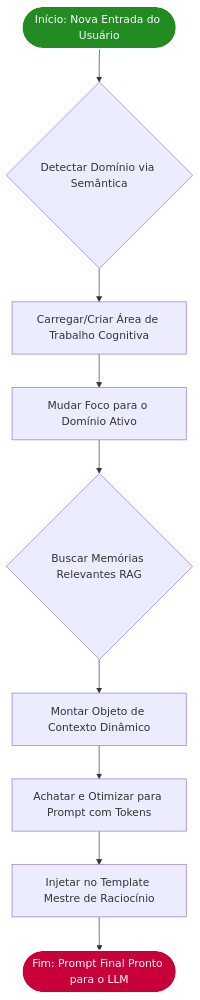
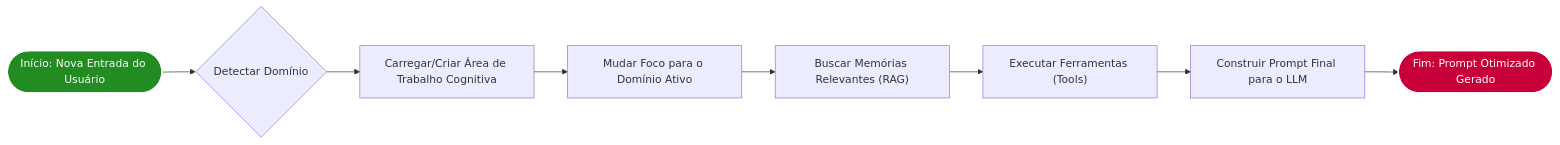
Before and after one commit to coagentis/eca-lib: the third of 3 diagrams in ARCHITECTURE.md, drawn with Mermaid. The commit also changed other lines of this file and 6 other files, not shown here.

Commit message:
feat: tools ferramentas auxiliares

````diff
--- a/ARCHITECTURE.md
+++ b/ARCHITECTURE.md
@@ -105,14 +196,13 @@
 ```mermaid
-flowchart TD
-    Start([Início: Nova Entrada do Usuário]) --> DetectDomain{Detectar Domínio via Semântica};
+flowchart LR
+    Start([Início: Nova Entrada do Usuário]) --> DetectDomain{Detectar Domínio};
     DetectDomain --> LoadWorkspace[Carregar/Criar Área de Trabalho Cognitiva];
     LoadWorkspace --> SwitchFocus[Mudar Foco para o Domínio Ativo];
-    SwitchFocus --> FetchMemory{Buscar Memórias Relevantes RAG};
-    FetchMemory --> AssembleContext[Montar Objeto de Contexto Dinâmico];
-    AssembleContext --> FlattenPrompt[Achatar e Otimizar para Prompt com Tokens];
-    FlattenPrompt --> InjectTemplate[Injetar no Template Mestre de Raciocínio];
-    InjectTemplate --> End([Fim: Prompt Final Pronto para o LLM]);
+    SwitchFocus --> FetchMemory["Buscar Memórias Relevantes (RAG)"];
+    FetchMemory --> RunTools["Executar Ferramentas (Tools)"];
+    RunTools --> BuildFinalPrompt[Construir Prompt Final para o LLM];
+    BuildFinalPrompt --> End([Fim: Prompt Otimizado Gerado]);
 
     style Start fill:#228B22,stroke:#fff,stroke-width:2px,color:#fff
     style End fill:#C70039,stroke:#fff,stroke-width:2px,color:#fff
 ```
````
